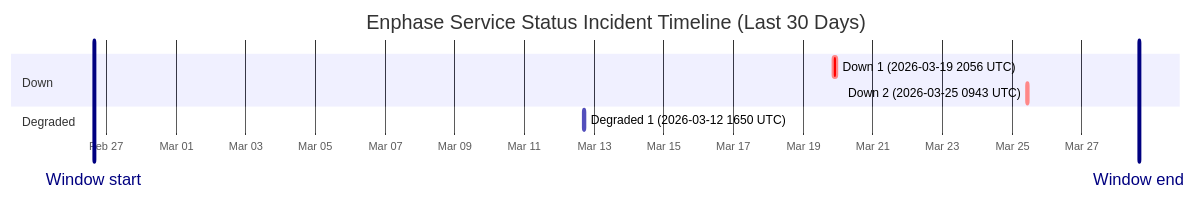
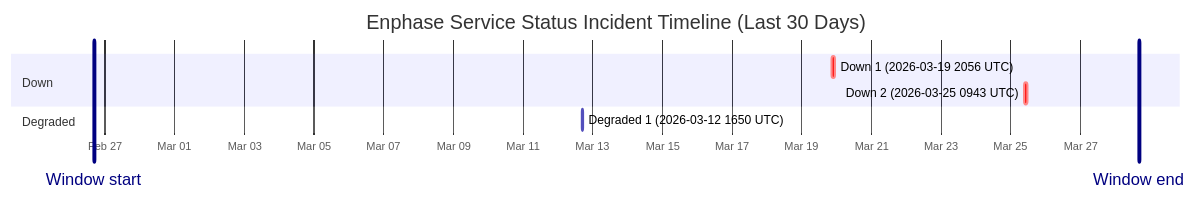
Before and after one commit to barneyonline/ha-enphase-ev-charger: the diagram in wiki/Service-Status-History.md, drawn with Mermaid. The commit also changed other lines of this file and 3 other files, not shown here.

````diff
--- a/wiki/Service-Status-History.md
+++ b/wiki/Service-Status-History.md
@@ -14,13 +14,13 @@
 ```mermaid
 gantt
     title Enphase Service Status Incident Timeline (Last 30 Days)
     dateFormat  YYYY-MM-DDTHH:mm:ss
     axisFormat  %b %d
-    Window start :vert, window-start, 2026-02-26T15:22:11, 0ms
-    Window end :vert, window-end, 2026-03-28T15:22:11, 0ms
+    Window start :vert, window-start, 2026-02-26T16:22:17, 0ms
+    Window end :vert, window-end, 2026-03-28T16:22:17, 0ms
     section Down
     Down 1 (2026-03-19 2056 UTC) :crit, down-1, 2026-03-19T20:56:20, 145m
     Down 2 (2026-03-25 0943 UTC) :crit, down-2, 2026-03-25T09:43:28, 111m
     section Degraded
     Degraded 1 (2026-03-12 1650 UTC) :active, degraded-1, 2026-03-12T16:50:43, 60m
 ```
````
